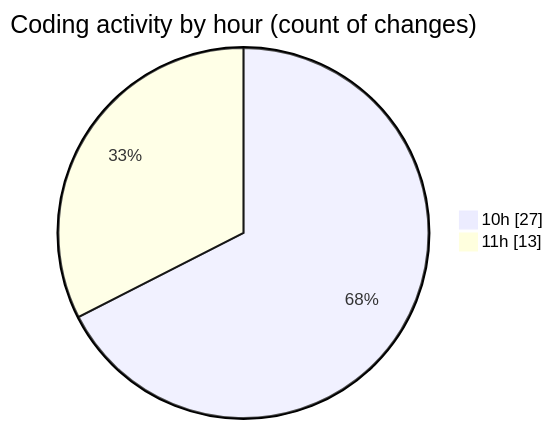
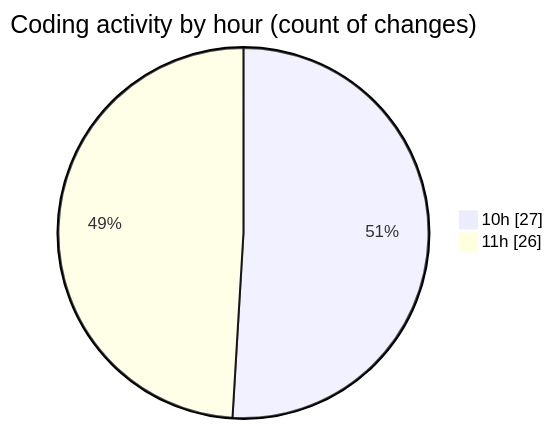
Before and after one commit to momahboobian/code-tracking: the second of 2 diagrams in 2026-07-14/cda/README.md, drawn with Mermaid. The commit also changed other lines of this file and 1 other file, not shown here.

````diff
--- a/2026-07-14/cda/README.md
+++ b/2026-07-14/cda/README.md
@@ -61,6 +63,6 @@
 ```mermaid
 pie showData
 title Coding activity by hour (count of changes)
 "10h" : 27
-"11h" : 13
+"11h" : 26
 ```
````
